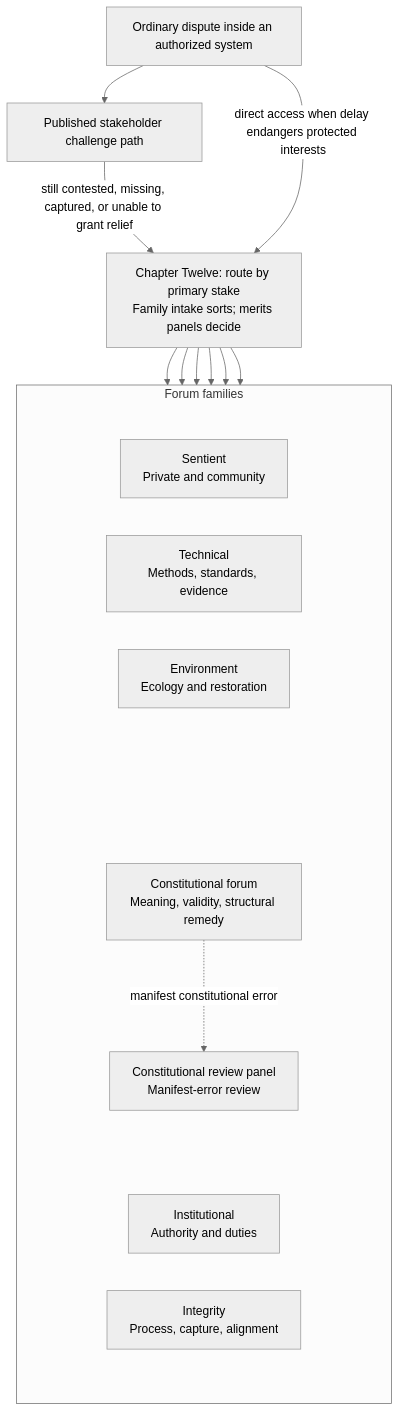
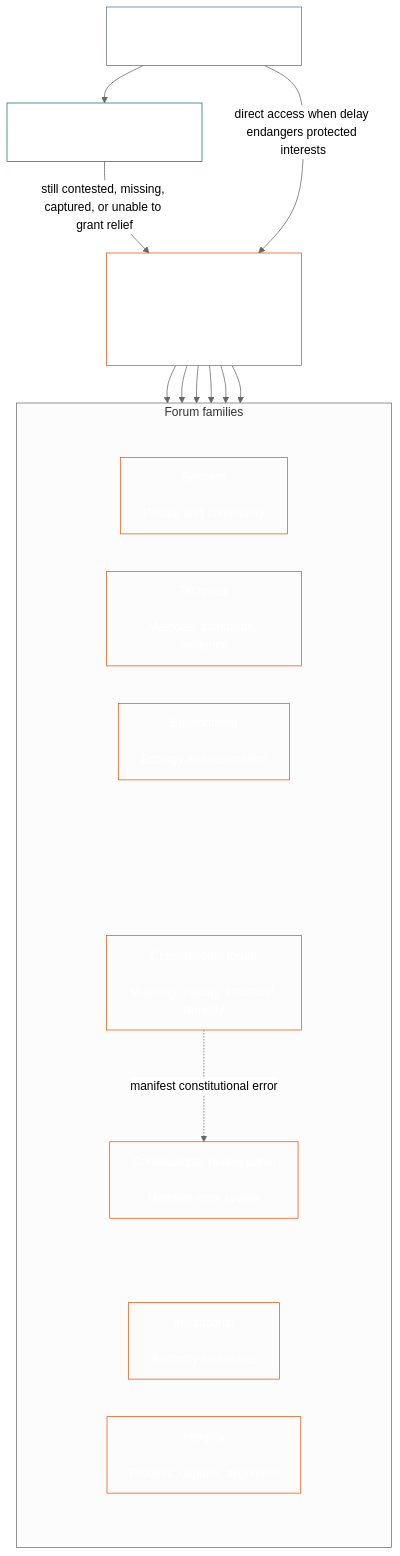
One commit to kfoelsch/Sentient_Constitution changed diagram 15 of 20 in CONCEPTUAL_OVERVIEW.md. Above: the diagram before and after it, drawn with Mermaid (neutral theme). The commit also changed other lines of this file and 22 other files, not shown here.

````diff
--- a/CONCEPTUAL_OVERVIEW.md
+++ b/CONCEPTUAL_OVERVIEW.md
@@ -634,42 +745,52 @@
 ```mermaid
 flowchart TB
     D["Ordinary dispute inside an authorized system"]
     P["Published stakeholder challenge path"]
-    R["Chapter Twelve: route by primary stake<br/>Family intake sorts; merits panels decide"]
+    R["Chapter Twelve: route by primary stake<br/><br/>Family intake sorts; merits panels decide"]
     subgraph F["Forum families"]
         direction TB
         subgraph Frow1[" "]
             direction LR
-            S["Sentient<br/>Private and community"]
-            T["Technical<br/>Methods, standards, evidence"]
-            E["Environment<br/>Ecology and restoration"]
+            S["Sentient<br/><br/>Private and community"]
+            T["Technical<br/><br/>Methods, standards, evidence"]
+            E["Environment<br/><br/>Ecology and restoration"]
         end
         subgraph Frow2[" "]
             direction LR
-            I["Institutional<br/>Authority and duties"]
-            G["Integrity<br/>Process, capture, alignment"]
+            I["Institutional<br/><br/>Authority and duties"]
+            G["Integrity<br/><br/>Process, capture, alignment"]
             subgraph ConstitutionalPath[" "]
                 direction TB
-                C["Constitutional forum<br/>Meaning, validity, structural remedy"]
-                CR["Constitutional review panel<br/>Manifest-error review"]
+                C["Constitutional forum<br/><br/>Meaning, validity, structural remedy"]
+                CR["Constitutional review panel<br/><br/>Manifest-error review"]
             end
         end
     end
     D --> P
     P -->|still contested, missing, captured, or unable to grant relief| R
     D -->|direct access when delay endangers protected interests| R
     R --> S
     R --> T
     R --> I
     R --> E
     R --> G
     R --> C
     C -.->|manifest constitutional error| CR
     Frow1 ~~~ Frow2
     S ~~~ I
     T ~~~ G
     E ~~~ C
     style Frow1 fill:none,stroke:none
     style Frow2 fill:none,stroke:none
     style ConstitutionalPath fill:none,stroke:none
+    style D fill:none,stroke:#64748b,color:#ffffff
+    style P fill:none,stroke:#0f766e,color:#ffffff
+    style R fill:none,stroke:#ea580c,color:#ffffff
+    style S fill:none,stroke:#ea580c,color:#ffffff
+    style T fill:none,stroke:#ea580c,color:#ffffff
+    style E fill:none,stroke:#ea580c,color:#ffffff
+    style I fill:none,stroke:#ea580c,color:#ffffff
+    style G fill:none,stroke:#ea580c,color:#ffffff
+    style C fill:none,stroke:#ea580c,color:#ffffff
+    style CR fill:none,stroke:#ea580c,color:#ffffff
 ```
````
